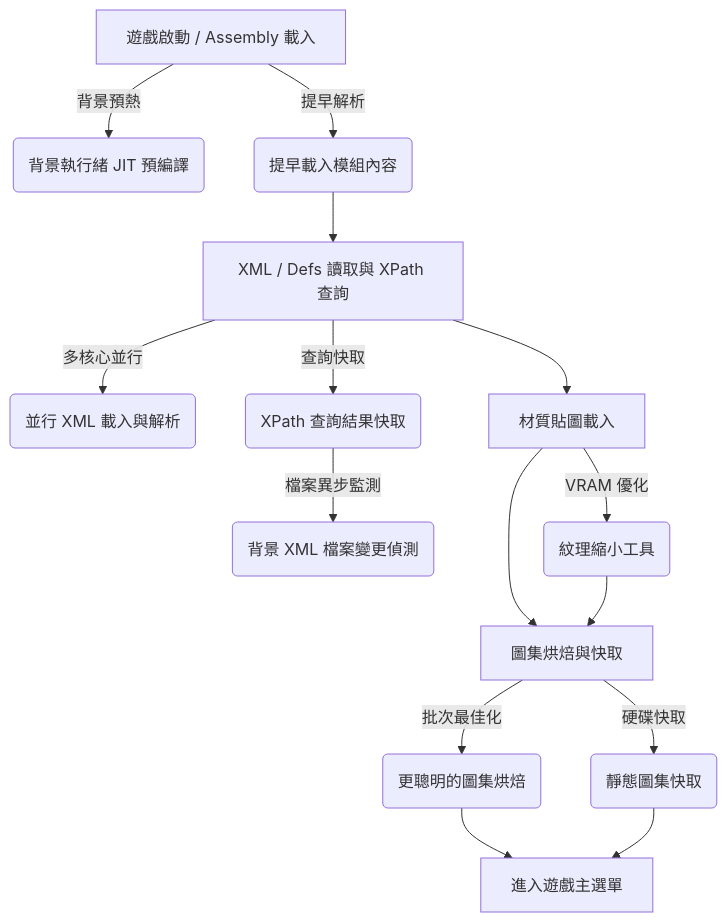
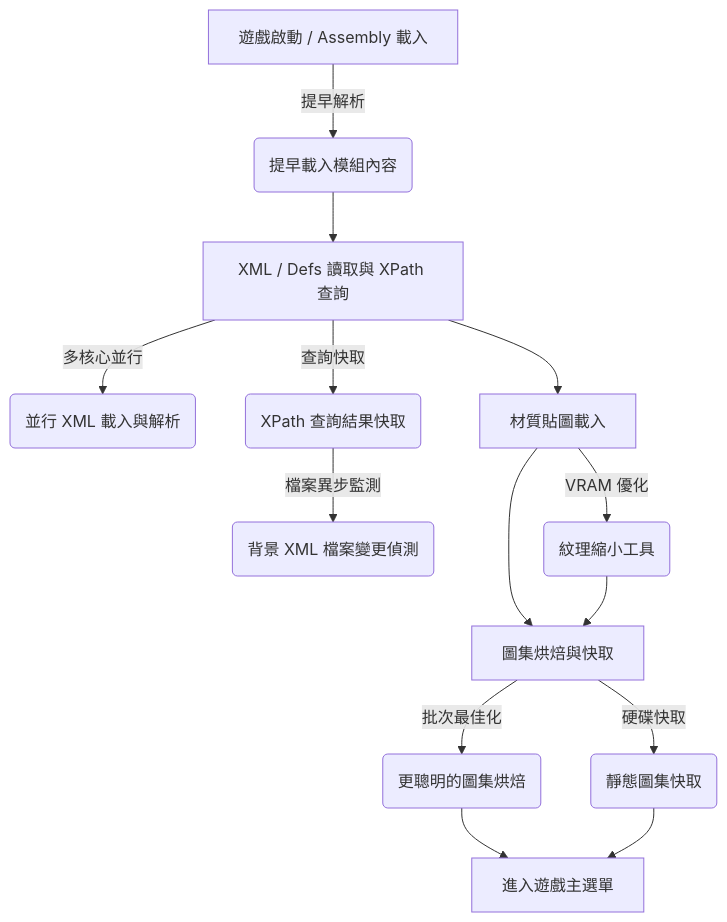
Before and after one commit to mushroomTW/FasterGameLoading---Continued: the diagram in README.md, drawn with Mermaid. The commit also changed other lines of this file and 41 other files, not shown here.

Commit message:
移除背景執行緒 JIT 預編譯

````diff
--- a/README.md
+++ b/README.md
@@ -13,17 +13,16 @@
 ```mermaid
 graph TD
-    A[遊戲啟動 / Assembly 載入] -->|背景預熱| B(背景執行緒 JIT 預編譯)
-    A -->|提早解析| C(提早載入模組內容)
+    A[遊戲啟動 / Assembly 載入] -->|提早解析| C(提早載入模組內容)
     C --> D[XML / Defs 讀取與 XPath 查詢]
     D -->|多核心並行| E(並行 XML 載入與解析)
     D -->|查詢快取| F(XPath 查詢結果快取)
     F -->|檔案異步監測| G(背景 XML 檔案變更偵測)
     D --> H[材質貼圖載入]
     H -->|VRAM 優化| K(紋理縮小工具)
     H --> L[圖集烘焙與快取]
     K --> L
     L -->|批次最佳化| M(更聰明的圖集烘焙)
     L -->|硬碟快取| N(靜態圖集快取)
     M --> O[進入遊戲主選單]
     N --> O
 ```
````
